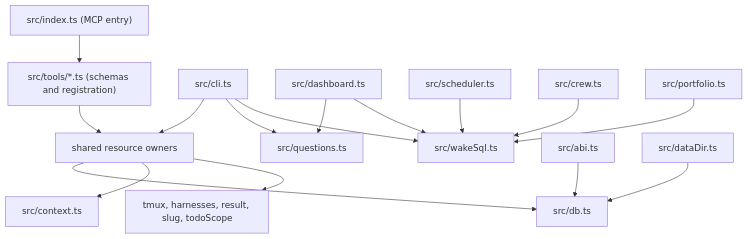
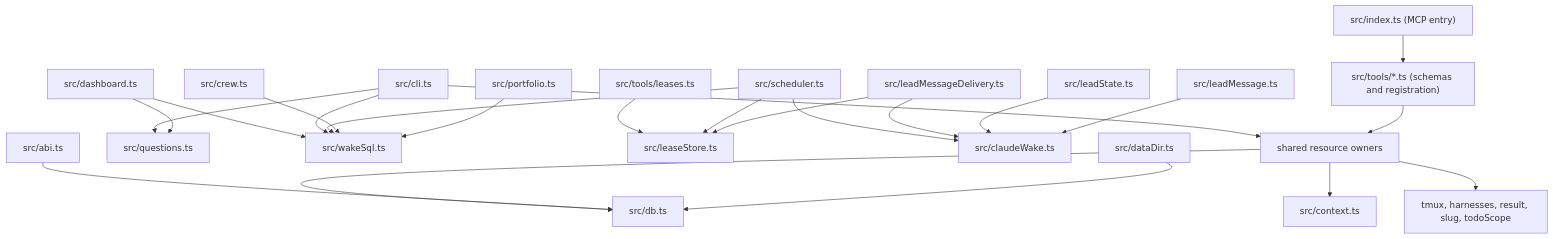
The second of 8 diagrams in docs/architecture.md (cmgmyr/hive), drawn with Mermaid before and after one commit. The commit also changed other lines of this file and 24 other files, not shown here.

First line of the commit message:
One owner each for the wake-pane lease and the socket last hop (todo 1956, arch S2) (#153)

````diff
--- a/docs/architecture.md
+++ b/docs/architecture.md
@@ -42,18 +44,25 @@
 ```mermaid
 flowchart TB
     index["src/index.ts (MCP entry)"] --> registrations["src/tools/*.ts (schemas and registration)"]
     cli["src/cli.ts"] --> owners["shared resource owners"]
     registrations --> owners
     cli --> questions["src/questions.ts"]
     dashboard["src/dashboard.ts"] --> questions
     dashboard --> wakeSql["src/wakeSql.ts"]
     cli --> wakeSql
     scheduler["src/scheduler.ts"] --> wakeSql
+    leaseTool["src/tools/leases.ts"] --> leaseStore["src/leaseStore.ts"]
+    scheduler --> leaseStore
+    scheduler --> claudeWake["src/claudeWake.ts"]
+    messageDelivery["src/leadMessageDelivery.ts"] --> leaseStore
+    messageDelivery --> claudeWake
+    leadState["src/leadState.ts"] --> claudeWake
+    leadMessage["src/leadMessage.ts"] --> claudeWake
     crew["src/crew.ts"] --> wakeSql
     portfolio["src/portfolio.ts"] --> wakeSql
     owners --> db["src/db.ts"]
     owners --> context["src/context.ts"]
     owners --> leaves["tmux, harnesses, result, slug, todoScope"]
     abi["src/abi.ts"] --> db
     dataDir["src/dataDir.ts"] --> db
 ```
````
